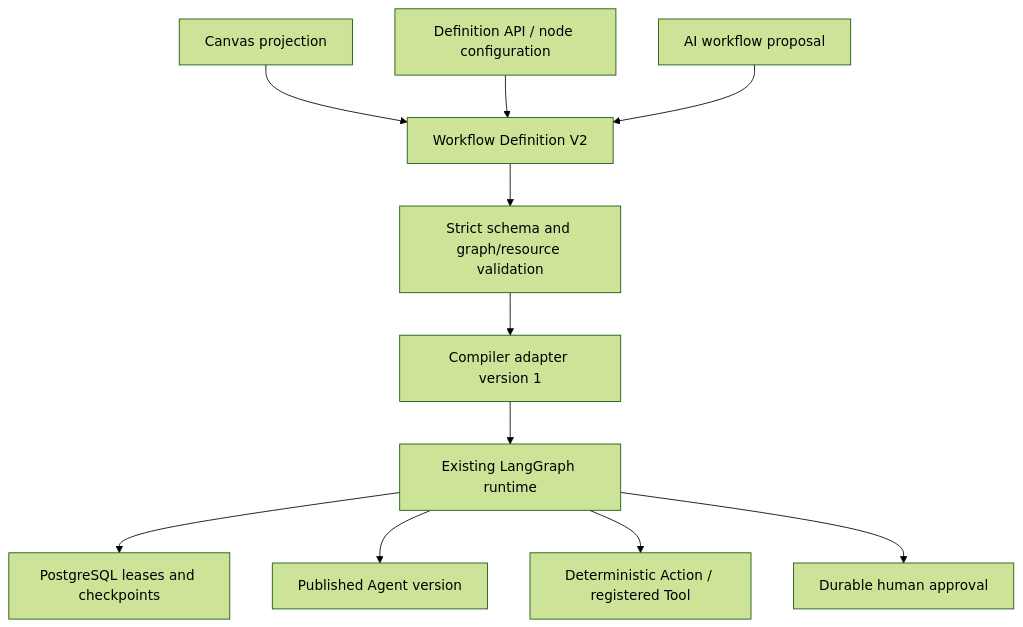
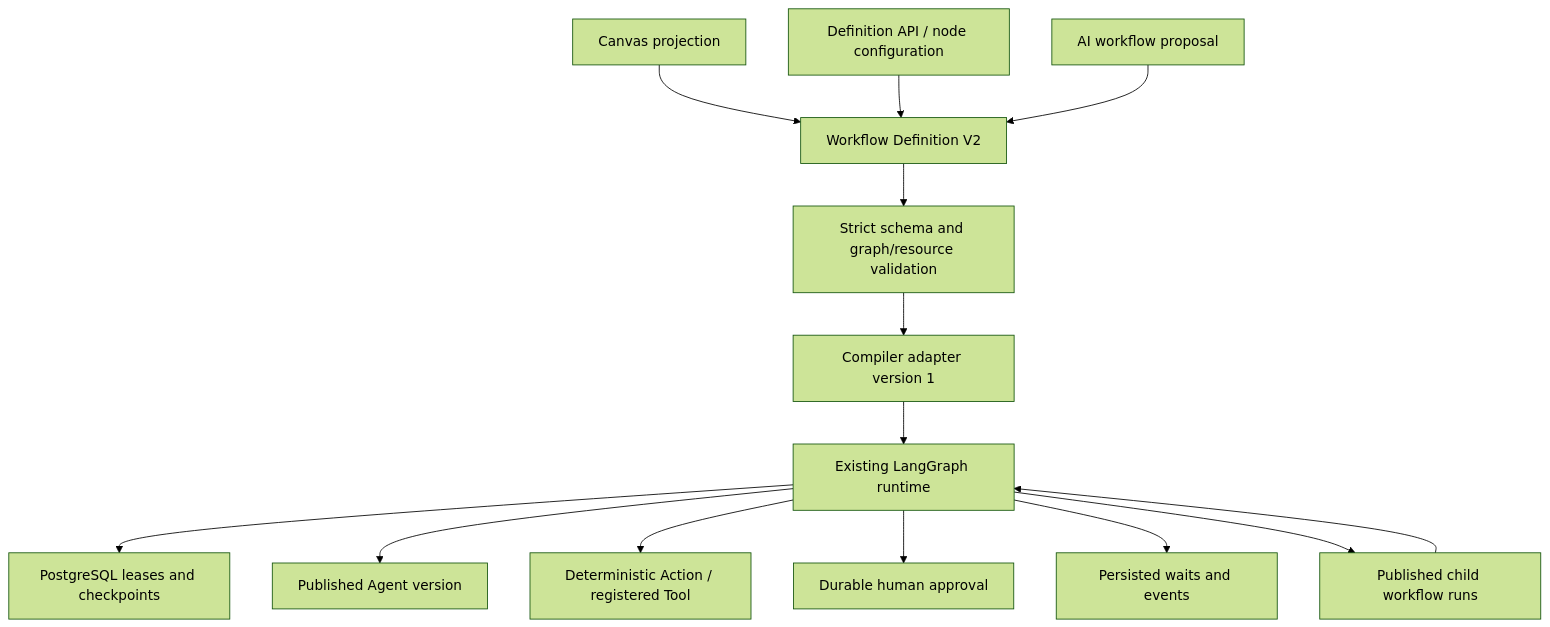
The diagram in docs/workflows-v2.md (macmann/AgentConnect), drawn with Mermaid (forest theme) before and after one commit. The commit also changed other lines of this file and 23 other files, not shown here.

````diff
--- a/docs/workflows-v2.md
+++ b/docs/workflows-v2.md
@@ -7,13 +7,16 @@
 ```mermaid
 flowchart TD
   Canvas[Canvas projection] --> Definition[Workflow Definition V2]
   Config[Definition API / node configuration] --> Definition
   AI[AI workflow proposal] --> Definition
   Definition --> Validator[Strict schema and graph/resource validation]
   Validator --> Adapter[Compiler adapter version 1]
   Adapter --> Runtime[Existing LangGraph runtime]
   Runtime --> Postgres[PostgreSQL leases and checkpoints]
   Runtime --> Agent[Published Agent version]
   Runtime --> Action[Deterministic Action / registered Tool]
   Runtime --> Approval[Durable human approval]
+  Runtime --> Suspension[Persisted waits and events]
+  Runtime --> Child[Published child workflow runs]
+  Child --> Runtime
 ```
````
